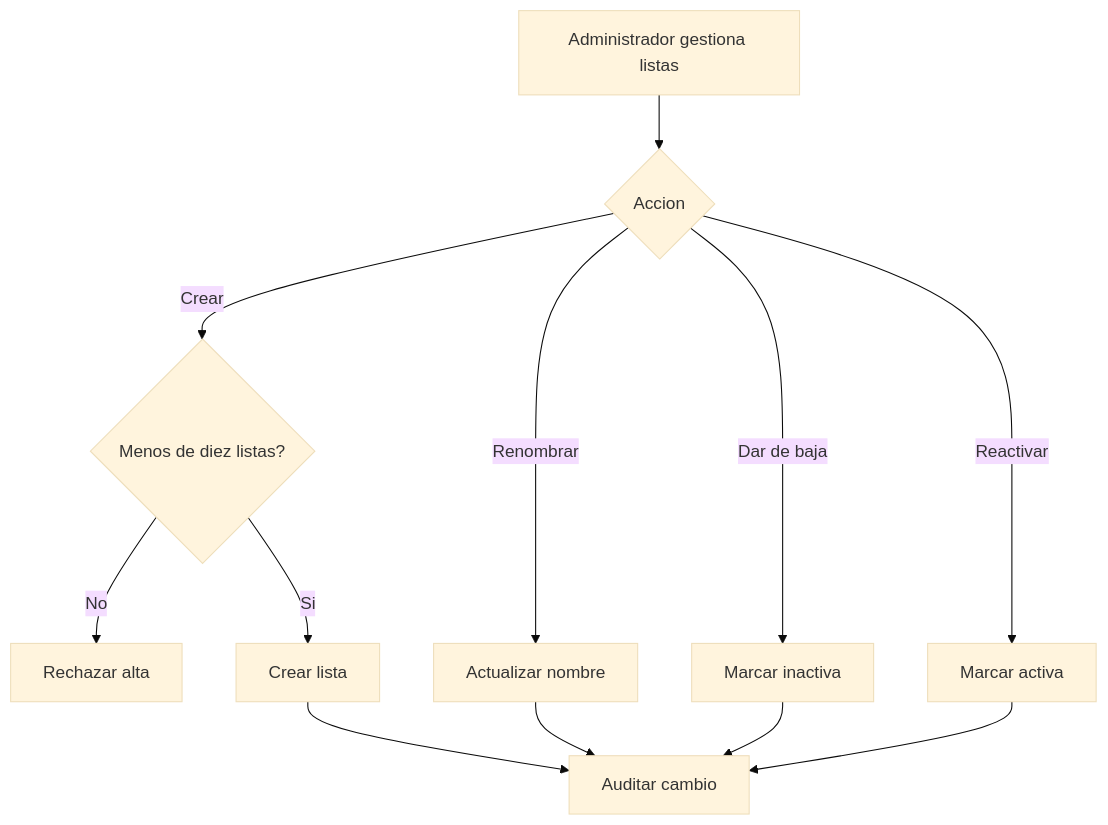
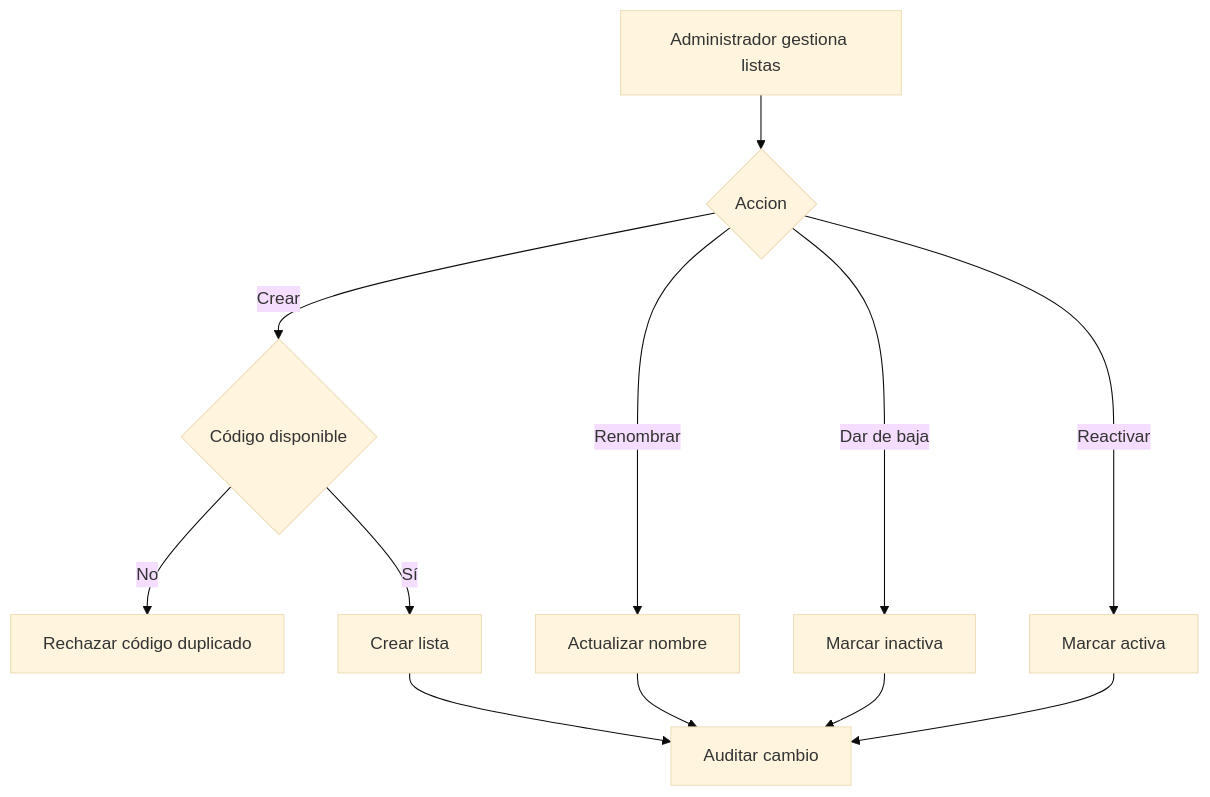
The diagram in docs/diagrams/catalog/flow-price-list-management.md (Martinrc93/distribuidoraCore), drawn with Mermaid (base theme) before and after one commit. The commit also changed 67 other files, not shown here.

````diff
--- a/docs/diagrams/catalog/flow-price-list-management.md
+++ b/docs/diagrams/catalog/flow-price-list-management.md
@@ -3,14 +3,14 @@
 ```mermaid
 flowchart TD
     A[Administrador gestiona listas] --> B{Accion}
-    B -->|Crear| C{Menos de diez listas?}
-    C -->|No| D[Rechazar alta]
-    C -->|Si| E[Crear lista]
+    B -->|Crear| C{Código disponible}
+    C -->|No| D[Rechazar código duplicado]
+    C -->|Sí| E[Crear lista]
     B -->|Renombrar| F[Actualizar nombre]
     B -->|Dar de baja| G[Marcar inactiva]
     B -->|Reactivar| H[Marcar activa]
     E --> I[Auditar cambio]
     F --> I
     G --> I
     H --> I
 ```
````
